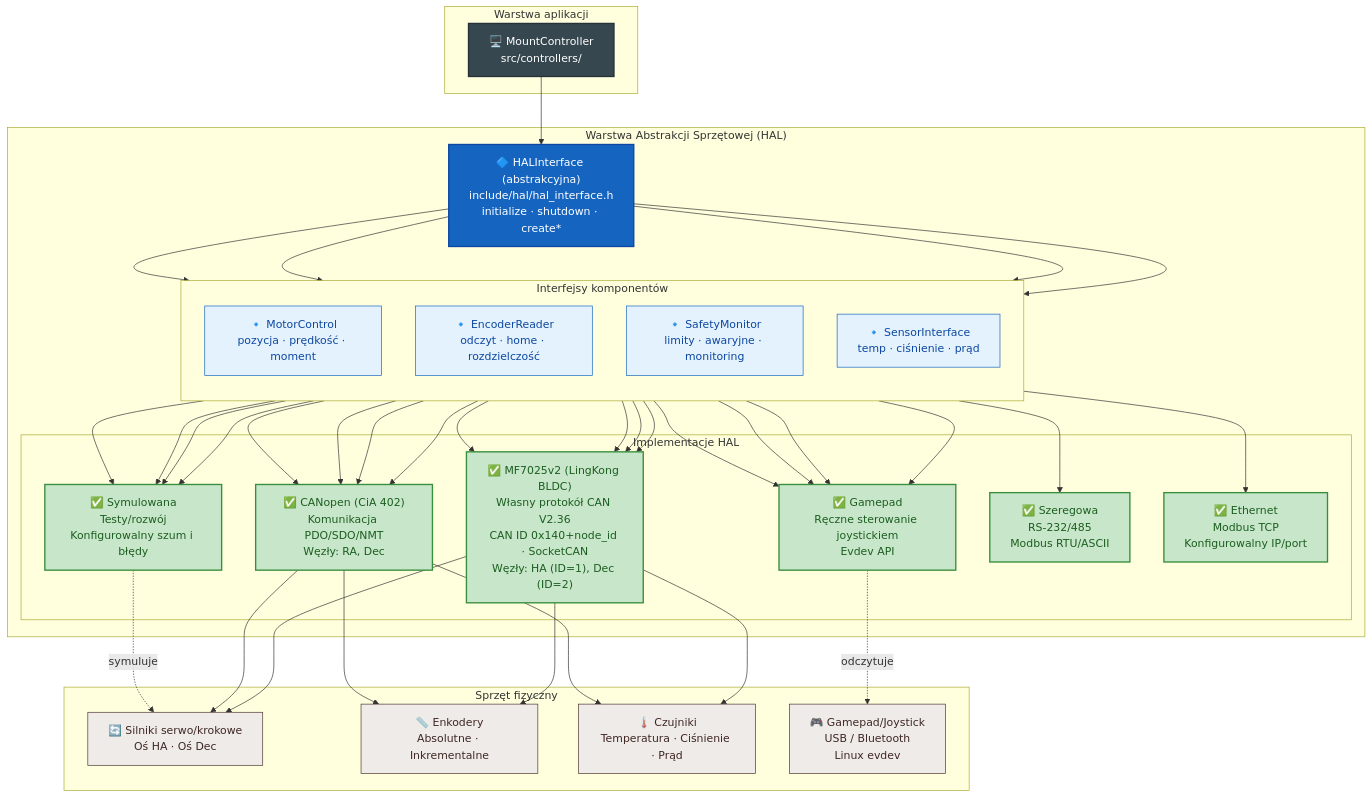
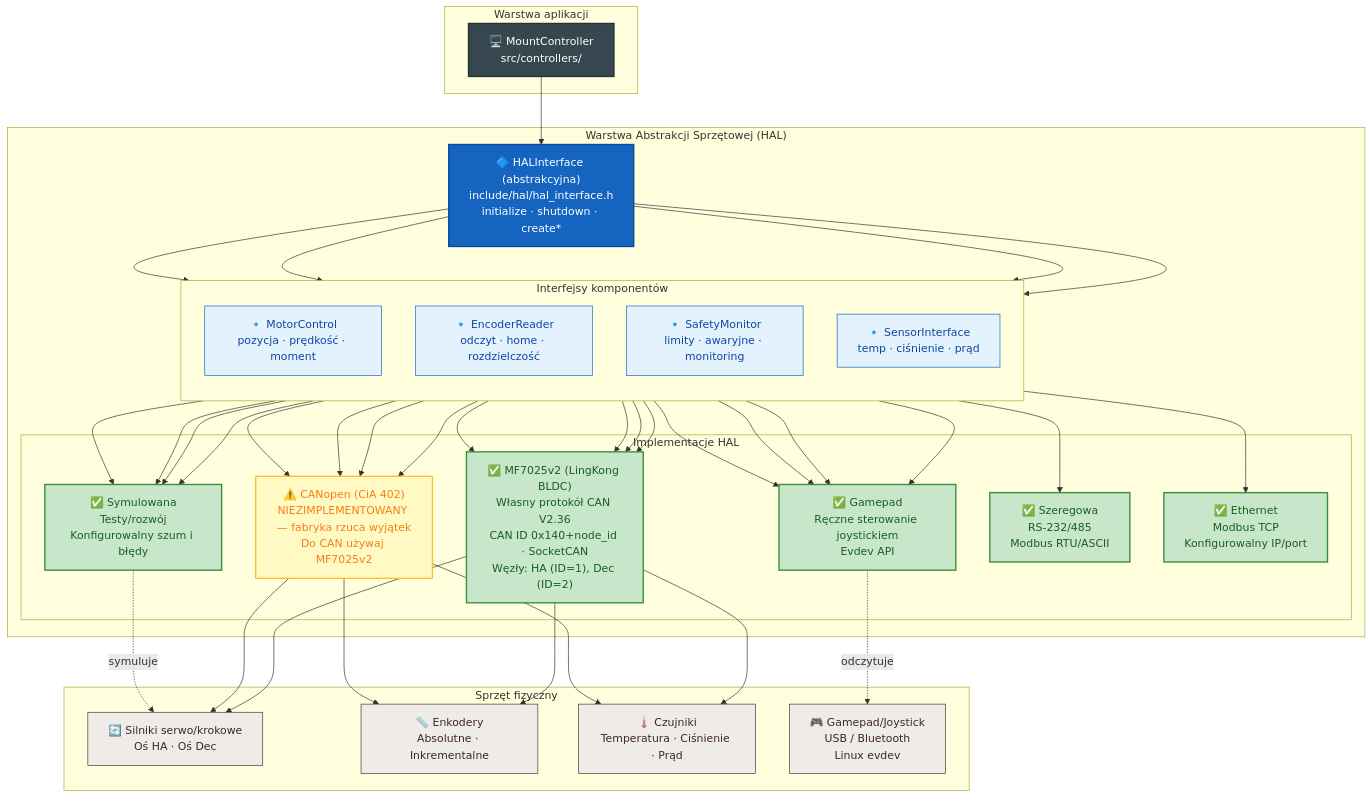
The first of 3 diagrams in docs/pl/hal_layer.md (pielaszkiewicz-jacek/astro_mount_control), drawn with Mermaid before and after one commit. The commit also changed other lines of this file and 156 other files, not shown here.

````diff
--- a/docs/pl/hal_layer.md
+++ b/docs/pl/hal_layer.md
@@ -9,57 +9,57 @@
 ```mermaid
 flowchart TB
     %% Style
     classDef controller fill:#37474f,stroke:#263238,color:#ffffff,stroke-width:2px
     classDef interface fill:#1565c0,stroke:#0d47a1,color:#ffffff,stroke-width:2px
     classDef component fill:#e3f2fd,stroke:#1565c0,stroke-width:1px,color:#0d47a1
     classDef impl fill:#e8f5e9,stroke:#388e3c,stroke-width:2px,color:#1b5e20
     classDef done fill:#c8e6c9,stroke:#388e3c,stroke-width:2px,color:#1b5e20
     classDef planned fill:#fff9c4,stroke:#fbc02d,stroke-width:2px,color:#f57f17
     classDef hw fill:#efebe9,stroke:#4e342e,stroke-width:1px,color:#3e2723
 
     subgraph APP["Warstwa aplikacji"]
         MC["🖥️ MountController<br/>src/controllers/"]:::controller
     end
 
     subgraph HAL["Warstwa Abstrakcji Sprzętowej (HAL)"]
         HAL_IF["🔷 HALInterface (abstrakcyjna)<br/>include/hal/hal_interface.h<br/>initialize · shutdown · create*"]:::interface
 
         subgraph COMP["Interfejsy komponentów"]
             direction TB
             MOTOR["🔹 MotorControl<br/>pozycja · prędkość · moment"]:::component
             ENC["🔹 EncoderReader<br/>odczyt · home · rozdzielczość"]:::component
             SAFE["🔹 SafetyMonitor<br/>limity · awaryjne · monitoring"]:::component
             SENS["🔹 SensorInterface<br/>temp · ciśnienie · prąd"]:::component
         end
 
         subgraph IMPL["Implementacje HAL"]
             MF_IMPL["✅ MF7025v2 (LingKong BLDC)<br/>Własny protokół CAN V2.36<br/>CAN ID 0x140+node_id · SocketCAN<br/>Węzły: HA (ID=1), Dec (ID=2)"]:::done
-            CAN_IMPL["✅ CANopen (CiA 402)<br/>Komunikacja PDO/SDO/NMT<br/>Węzły: RA, Dec"]:::done
+            CAN_IMPL["⚠️ CANopen (CiA 402)<br/>NIEZIMPLEMENTOWANY — fabryka rzuca wyjątek<br/>Do CAN używaj MF7025v2"]:::planned
             SIM_IMPL["✅ Symulowana<br/>Testy/rozwój<br/>Konfigurowalny szum i błędy"]:::done
             GAM_IMPL["✅ Gamepad<br/>Ręczne sterowanie joystickiem<br/>Evdev API"]:::done
             SER_IMPL["✅ Szeregowa<br/>RS-232/485<br/>Modbus RTU/ASCII"]:::done
             ETH_IMPL["✅ Ethernet<br/>Modbus TCP<br/>Konfigurowalny IP/port"]:::done
         end
     end
 
     subgraph HW["Sprzęt fizyczny"]
         MOT_HW["🔄 Silniki serwo/krokowe<br/>Oś HA · Oś Dec"]:::hw
         ENC_HW["📏 Enkodery<br/>Absolutne · Inkrementalne"]:::hw
         SENS_HW["🌡️ Czujniki<br/>Temperatura · Ciśnienie · Prąd"]:::hw
         GAM_HW["🎮 Gamepad/Joystick<br/>USB / Bluetooth<br/>Linux evdev"]:::hw
     end
 
     MC --> HAL_IF
     HAL_IF --> MOTOR
     HAL_IF --> ENC
     HAL_IF --> SAFE
     HAL_IF --> SENS
     MOTOR --> MF_IMPL & CAN_IMPL & SIM_IMPL & GAM_IMPL & SER_IMPL & ETH_IMPL
     ENC --> MF_IMPL & CAN_IMPL & SIM_IMPL & GAM_IMPL
     SAFE --> MF_IMPL & CAN_IMPL & SIM_IMPL & GAM_IMPL
     SENS --> MF_IMPL & CAN_IMPL & SIM_IMPL & GAM_IMPL
     MF_IMPL --> MOT_HW & ENC_HW & SENS_HW
     CAN_IMPL --> MOT_HW & ENC_HW & SENS_HW
     SIM_IMPL -.->|symuluje| MOT_HW
     GAM_IMPL -.->|odczytuje| GAM_HW
 ```
````
